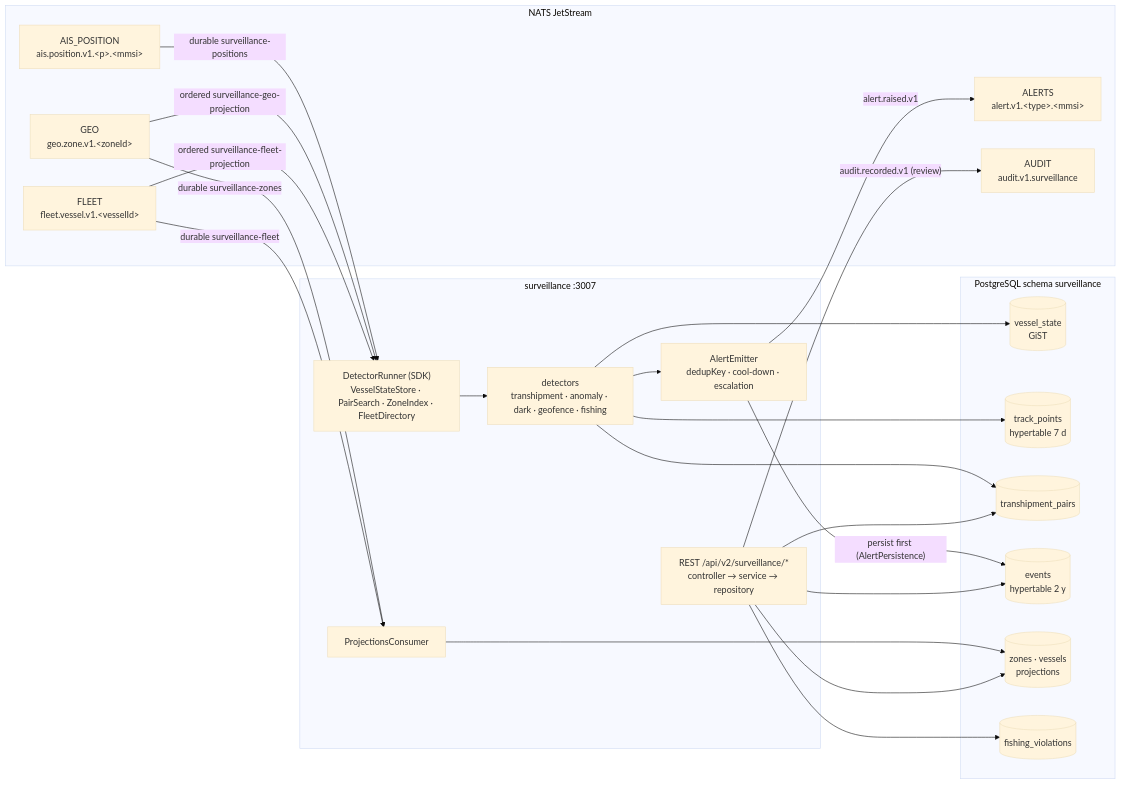
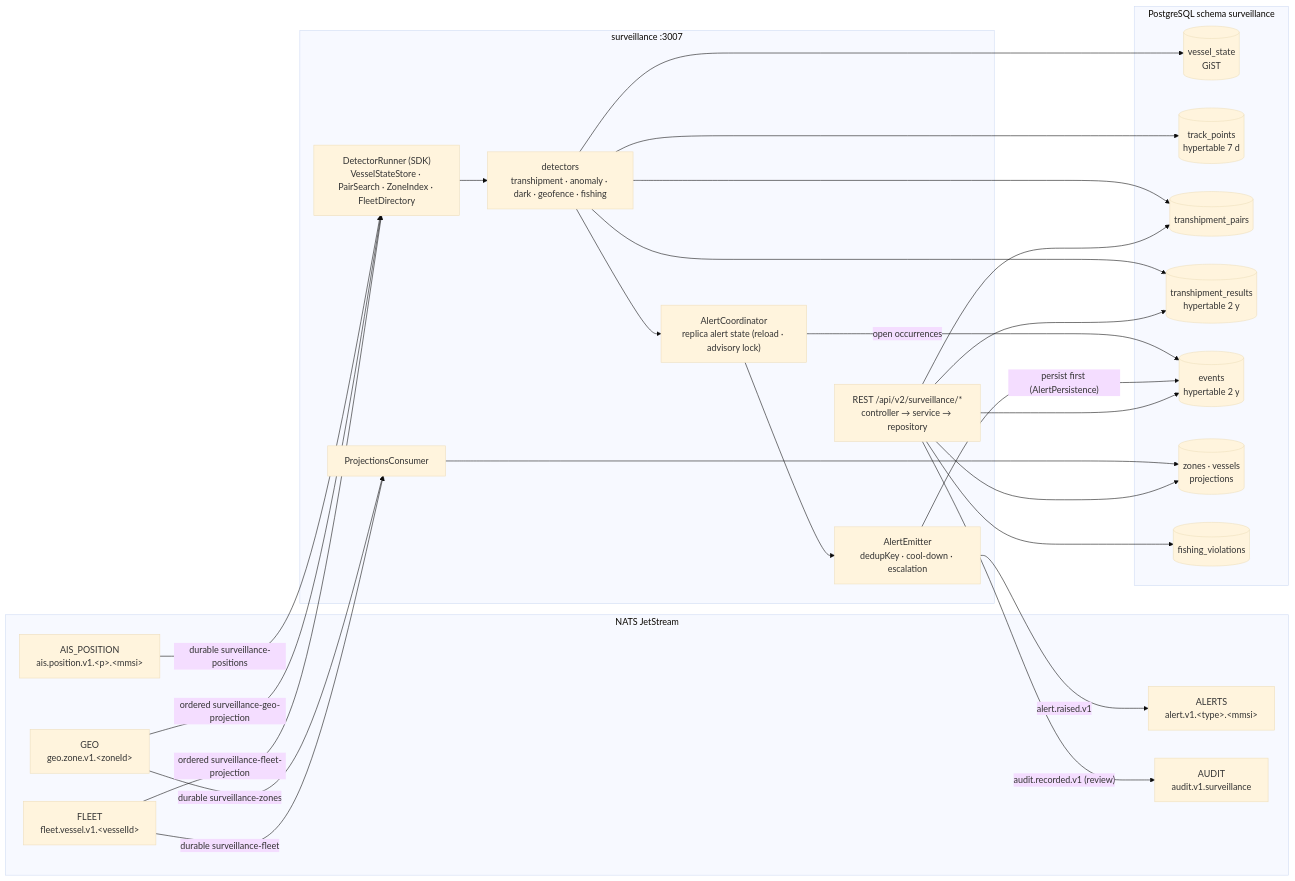
Before and after one commit to DarmawanWeb/ais-its-surveillance-service: the diagram in README.md, drawn with Mermaid (base theme). The commit also changed other lines of this file and 43 other files, not shown here.

````diff
--- a/README.md
+++ b/README.md
@@ -32,38 +32,41 @@
 ```mermaid
 flowchart LR
   subgraph NATS["NATS JetStream"]
     POS["AIS_POSITION<br/>ais.position.v1.&lt;p&gt;.&lt;mmsi&gt;"]
     GEO["GEO<br/>geo.zone.v1.&lt;zoneId&gt;"]
     FLEET["FLEET<br/>fleet.vessel.v1.&lt;vesselId&gt;"]
     ALERTS["ALERTS<br/>alert.v1.&lt;type&gt;.&lt;mmsi&gt;"]
     AUDIT["AUDIT<br/>audit.v1.surveillance"]
   end
   subgraph SVC["surveillance :3007"]
     RUNNER["DetectorRunner (SDK)<br/>VesselStateStore · PairSearch · ZoneIndex · FleetDirectory"]
     DET["detectors<br/>transhipment · anomaly · dark · geofence · fishing"]
     EMIT["AlertEmitter<br/>dedupKey · cool-down · escalation"]
+    COORD["AlertCoordinator<br/>replica alert state (reload · advisory lock)"]
     PROJ["ProjectionsConsumer"]
     API["REST /api/v2/surveillance/*<br/>controller → service → repository"]
   end
   subgraph PG["PostgreSQL schema surveillance"]
     VS[("vessel_state<br/>GiST")]
     TP[("track_points<br/>hypertable 7 d")]
     PAIRS[("transhipment_pairs")]
+    TR[("transhipment_results<br/>hypertable 2 y")]
     EV[("events<br/>hypertable 2 y")]
     PZ[("zones · vessels<br/>projections")]
     FV[("fishing_violations")]
   end
   POS -- "durable surveillance-positions" --> RUNNER
   GEO -- "ordered surveillance-geo-projection" --> RUNNER
   FLEET -- "ordered surveillance-fleet-projection" --> RUNNER
   GEO -- "durable surveillance-zones" --> PROJ
   FLEET -- "durable surveillance-fleet" --> PROJ
   RUNNER --> DET
-  DET --> VS & TP & PAIRS
-  DET --> EMIT
+  DET --> VS & TP & PAIRS & TR
+  DET --> COORD --> EMIT
+  COORD -- "open occurrences" --> EV
   EMIT -- "persist first (AlertPersistence)" --> EV
   EMIT -- "alert.raised.v1" --> ALERTS
   PROJ --> PZ
-  API --> EV & PZ & FV & PAIRS
+  API --> EV & PZ & FV & PAIRS & TR
   API -- "audit.recorded.v1 (review)" --> AUDIT
 ```
````
